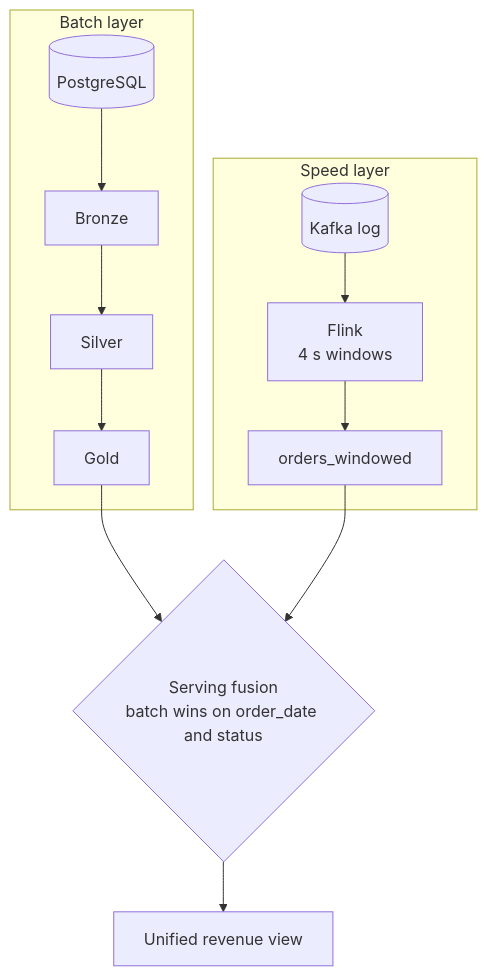
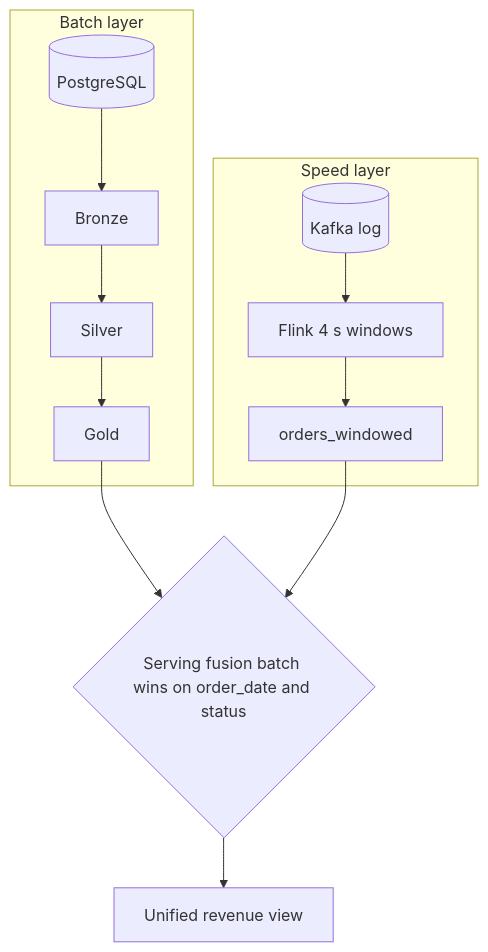
Before and after one commit to sergio11/cloud_native_data_architecture_poc: the fourth of 9 diagrams in README.md, drawn with Mermaid. The commit also changed other lines of this file, not shown here.

Commit message:
docs(readme): align title and harden Mermaid diagrams

````diff
--- a/README.md
+++ b/README.md
@@ -230,15 +232,15 @@
 ```mermaid
-flowchart TB
+graph TB
     subgraph BATCH["Batch layer"]
         PG[("PostgreSQL")] --> BR["Bronze"] --> SV["Silver"] --> GD["Gold"]
     end
 
     subgraph SPEED["Speed layer"]
-        K[("Kafka log")] --> FL["Flink<br/>4 s windows"]
+        K[("Kafka log")] --> FL["Flink 4 s windows"]
         FL --> SP["orders_windowed"]
     end
 
-    GD --> FUSE{"Serving fusion<br/>batch wins on order_date and status"}
+    GD --> FUSE{"Serving fusion batch wins on order_date and status"}
     SP --> FUSE
     FUSE --> OUT["Unified revenue view"]
 ```
````
